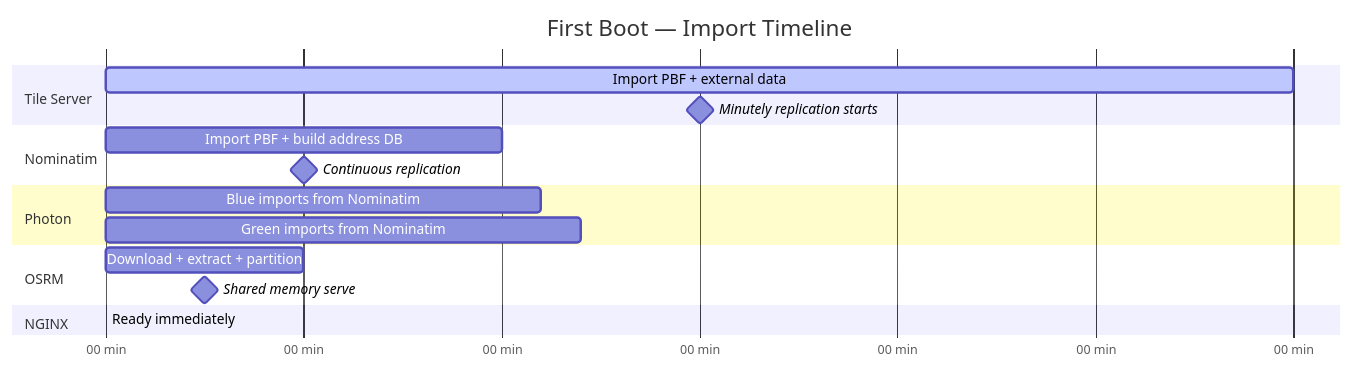
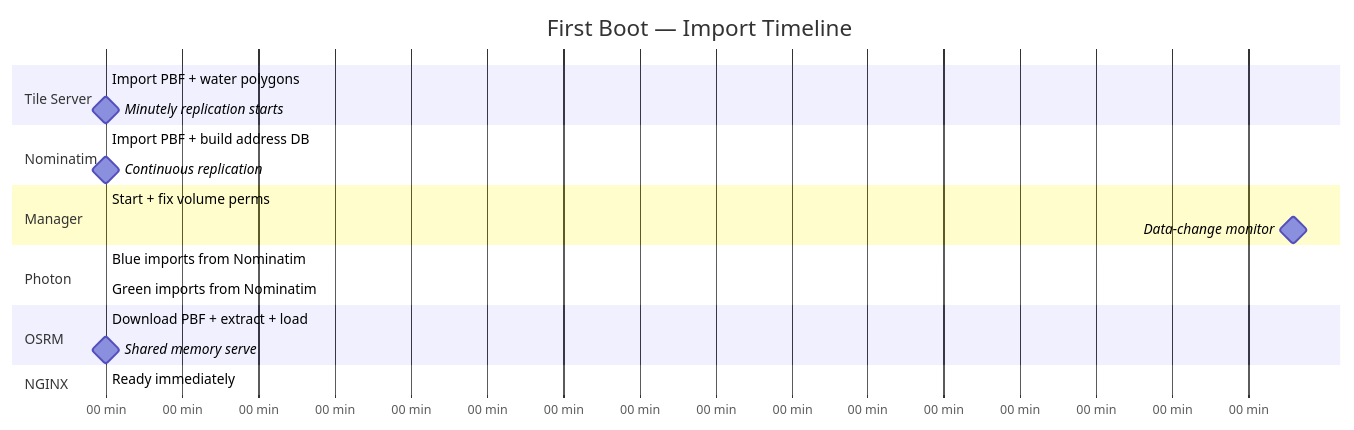
One commit to lorsabyan/Offline-Armenia-Map-Stack changed the second of 14 diagrams in README.md. Above: the diagram before and after it, drawn with Mermaid. The commit also changed other lines of this file, not shown here.

````diff
--- a/README.md
+++ b/README.md
@@ -121,25 +122,29 @@
 ```mermaid
 gantt
     title First Boot — Import Timeline
     dateFormat X
     axisFormat %M min
 
     section Tile Server
-    Import PBF + external data :active, ts, 0, 30
-    Minutely replication starts :milestone, 30, 30
+    Import PBF + water polygons :active, ts, 0, 40
+    Minutely replication starts :milestone, 40, 40
 
     section Nominatim
-    Import PBF + build address DB :nom, 0, 10
-    Continuous replication :milestone, 10, 10
+    Import PBF + build address DB :nom, 0, 3
+    Continuous replication :milestone, 3, 3
+
+    section Manager
+    Start + fix volume perms :mgr, 3, 3.5
+    Data-change monitor :milestone, 3.5, 3.5
 
     section Photon
-    Blue imports from Nominatim :pb, 10, 11
-    Green imports from Nominatim :pg, 11, 12
+    Blue imports from Nominatim :pb, 4, 5
+    Green imports from Nominatim :pg, 5, 6
 
     section OSRM
-    Download + extract + partition :osrm, 0, 5
+    Download PBF + extract + load :osrm, 4, 5
     Shared memory serve :milestone, 5, 5
 
     section NGINX
     Ready immediately :nginx, 0, 0.5
 ```
````
